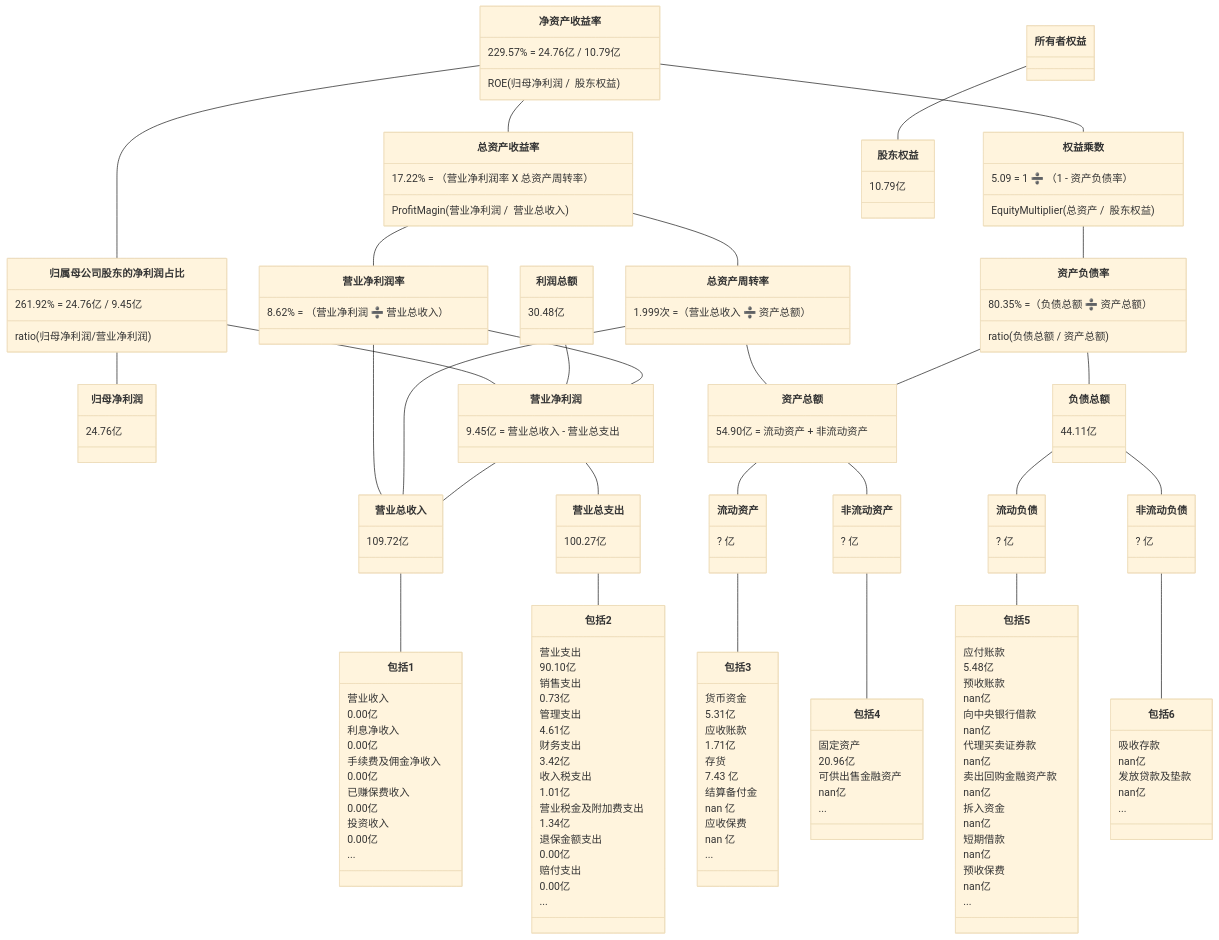
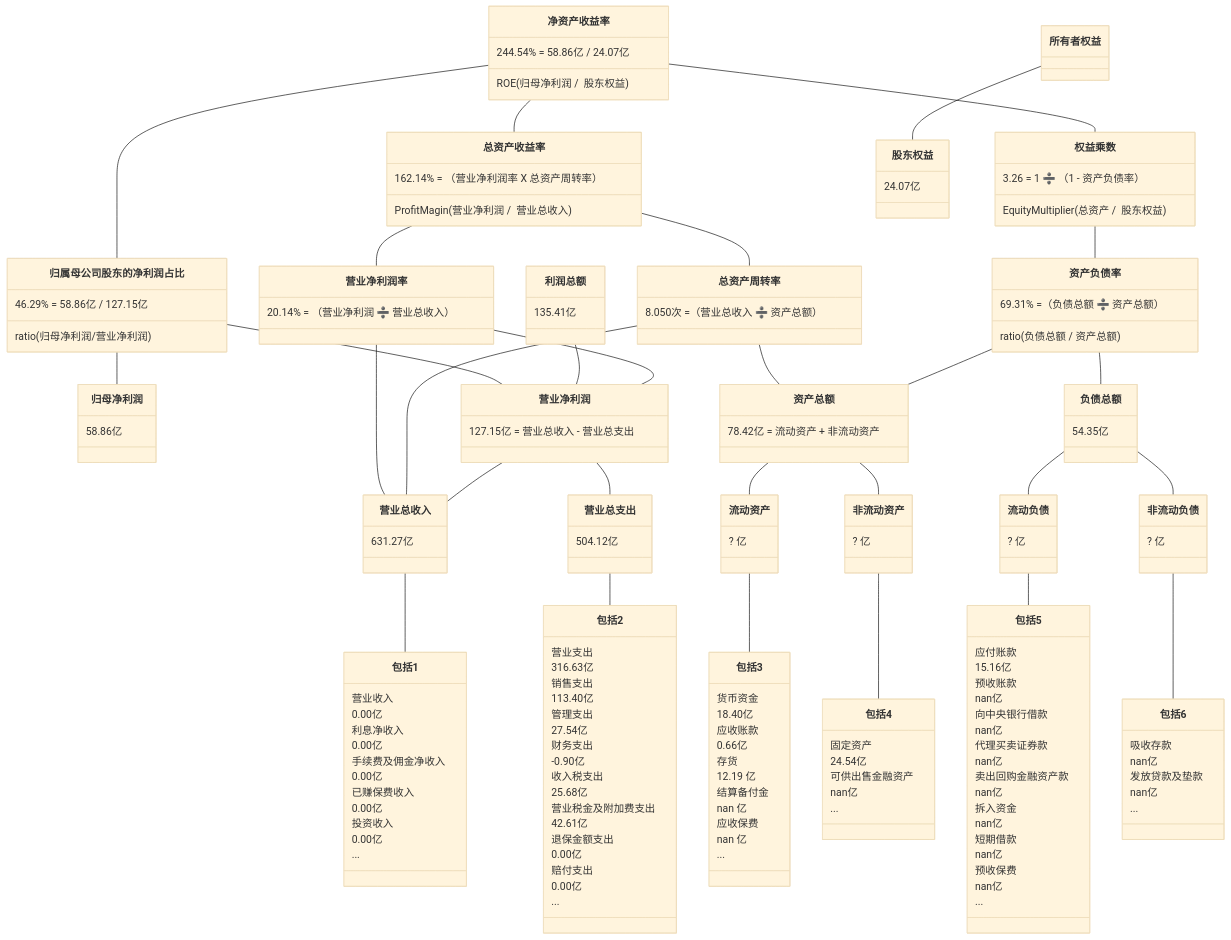
Before and after one commit to TheVeryDarkness/cs410: the first of 10 diagrams in 2/2.md, drawn with Mermaid (base theme). The commit also changed other lines of this file and 72 other files, not shown here.

````diff
--- a/2/2.md
+++ b/2/2.md
@@ -21,45 +25,45 @@
 ```mermaid
 classDiagram
 净资产收益率 -- 总资产收益率
-    净资产收益率 : 229.57% = 24.76亿 / 10.79亿
+    净资产收益率 : 244.54% = 58.86亿 / 24.07亿
     净资产收益率 : ROE(归母净利润 /  股东权益)
-    总资产收益率 : 17.22% = （营业净利润率 X 总资产周转率）
+    总资产收益率 : 162.14% = （营业净利润率 X 总资产周转率）
     总资产收益率 : ProfitMagin(营业净利润 /  营业总收入)
 净资产收益率 -- 归属母公司股东的净利润占比
-	  归属母公司股东的净利润占比 : 261.92% = 24.76亿 / 9.45亿
+	  归属母公司股东的净利润占比 : 46.29% = 58.86亿 / 127.15亿
 	  归属母公司股东的净利润占比 : ratio(归母净利润/营业净利润)
 归属母公司股东的净利润占比 -- 归母净利润
-    归母净利润 : 24.76亿
+    归母净利润 : 58.86亿
 归属母公司股东的净利润占比 -- 营业净利润
-利润总额 : 30.48亿
+利润总额 : 135.41亿
 利润总额 -- 营业净利润
 净资产收益率 -- 权益乘数
-    权益乘数 : 5.09 = 1 ➗ （1 - 资产负债率）
+    权益乘数 : 3.26 = 1 ➗ （1 - 资产负债率）
     权益乘数 : EquityMultiplier(总资产 /  股东权益)
 
 总资产收益率 -- 营业净利润率
-    营业净利润率 : 8.62% = （营业净利润 ➗ 营业总收入）
+    营业净利润率 : 20.14% = （营业净利润 ➗ 营业总收入）
 总资产收益率 -- 总资产周转率
-    总资产周转率 : 1.999次 =（营业总收入 ➗ 资产总额）
+    总资产周转率 : 8.050次 =（营业总收入 ➗ 资产总额）
 权益乘数 -- 资产负债率
-    资产负债率  : 80.35% =（负债总额 ➗ 资产总额）
+    资产负债率  : 69.31% =（负债总额 ➗ 资产总额）
     资产负债率  : ratio(负债总额 / 资产总额)
 
 营业净利润率 -- 营业净利润
-    营业净利润 : 9.45亿 = 营业总收入 - 营业总支出
+    营业净利润 : 127.15亿 = 营业总收入 - 营业总支出
 营业净利润率 -- 营业总收入
 总资产周转率 -- 营业总收入
 总资产周转率 -- 资产总额
-    资产总额 : 54.90亿 = 流动资产 + 非流动资产
+    资产总额 : 78.42亿 = 流动资产 + 非流动资产
 资产负债率 -- 负债总额
-    负债总额 : 44.11亿
+    负债总额 : 54.35亿
 资产负债率 -- 资产总额
 
 
 营业净利润 -- 营业总收入
-    营业总收入 : 109.72亿
+    营业总收入 : 631.27亿
 营业净利润 -- 营业总支出
-    营业总支出 : 100.27亿
+    营业总支出 : 504.12亿
 资产总额 -- 流动资产
 	  流动资产 : ? 亿
 资产总额 -- 非流动资产
@@ -83,17 +87,17 @@
     包括1 : ...
 营业总支出 -- 包括2
     包括2 : 营业支出
-    包括2 : 90.10亿
+    包括2 : 316.63亿
     包括2 : 销售支出
-    包括2 : 0.73亿
+    包括2 : 113.40亿
     包括2 : 管理支出
-    包括2 : 4.61亿
+    包括2 : 27.54亿
     包括2 : 财务支出
-    包括2 : 3.42亿
+    包括2 : -0.90亿
     包括2 : 收入税支出
-    包括2 : 1.01亿
+    包括2 : 25.68亿
     包括2 : 营业税金及附加费支出
-    包括2 : 1.34亿
+    包括2 : 42.61亿
     包括2 : 退保金额支出
     包括2 : 0.00亿
     包括2 : 赔付支出
@@ -101,11 +105,11 @@
     包括2 : ...
 流动资产 -- 包括3
     包括3 : 货币资金
-    包括3 : 5.31亿
+    包括3 : 18.40亿
     包括3 : 应收账款
-    包括3 : 1.71亿
+    包括3 : 0.66亿
     包括3 : 存货
-    包括3 : 7.43 亿
+    包括3 : 12.19 亿
     包括3 : 结算备付金
     包括3 : nan 亿
     包括3 : 应收保费
@@ -113,13 +117,13 @@
     包括3 : ...
 非流动资产 -- 包括4
     包括4 : 固定资产
-    包括4 : 20.96亿
+    包括4 : 24.54亿
     包括4 : 可供出售金融资产
     包括4 : nan亿
     包括4 : ...
 流动负债 -- 包括5
     包括5 : 应付账款
-    包括5 : 5.48亿
+    包括5 : 15.16亿
     包括5 : 预收账款
     包括5 : nan亿
     包括5 : 向中央银行借款
@@ -142,5 +146,5 @@
     包括6 : nan亿
     包括6 : ...
 所有者权益 -- 股东权益
-    股东权益 : 10.79亿
+    股东权益 : 24.07亿
 ```
````
